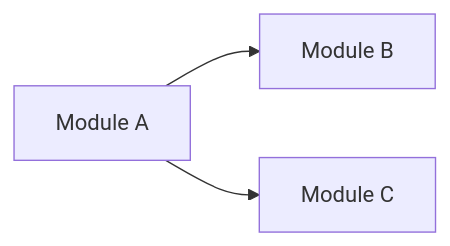
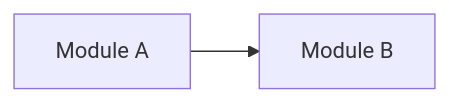
One commit to phamhang240100/misa-cukcuk changed the diagram in .claude/templates/overview.md. Above: the diagram before and after it, drawn with Mermaid. The commit also changed other lines of this file and 156 other files, not shown here.

````diff
--- a/.claude/templates/overview.md
+++ b/.claude/templates/overview.md
@@ -27,5 +34,4 @@
 ```mermaid
 graph LR
     A[Module A] --> B[Module B]
-    A --> C[Module C]
 ```
````
